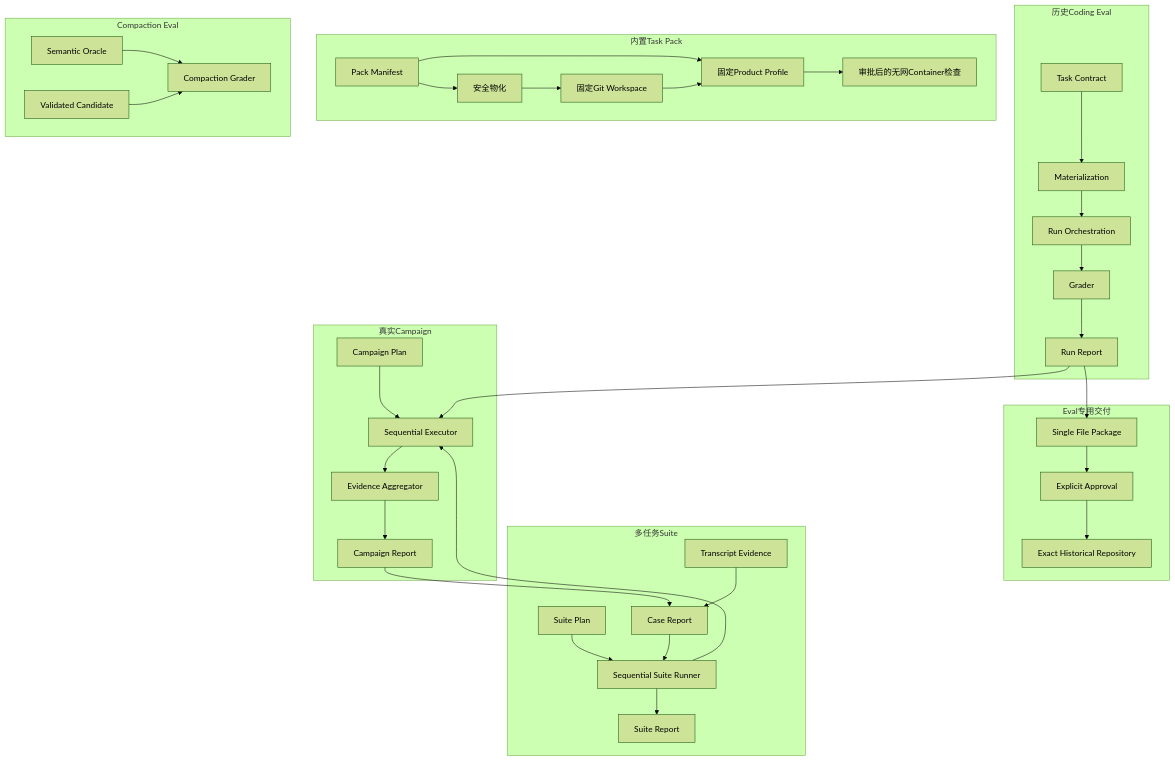
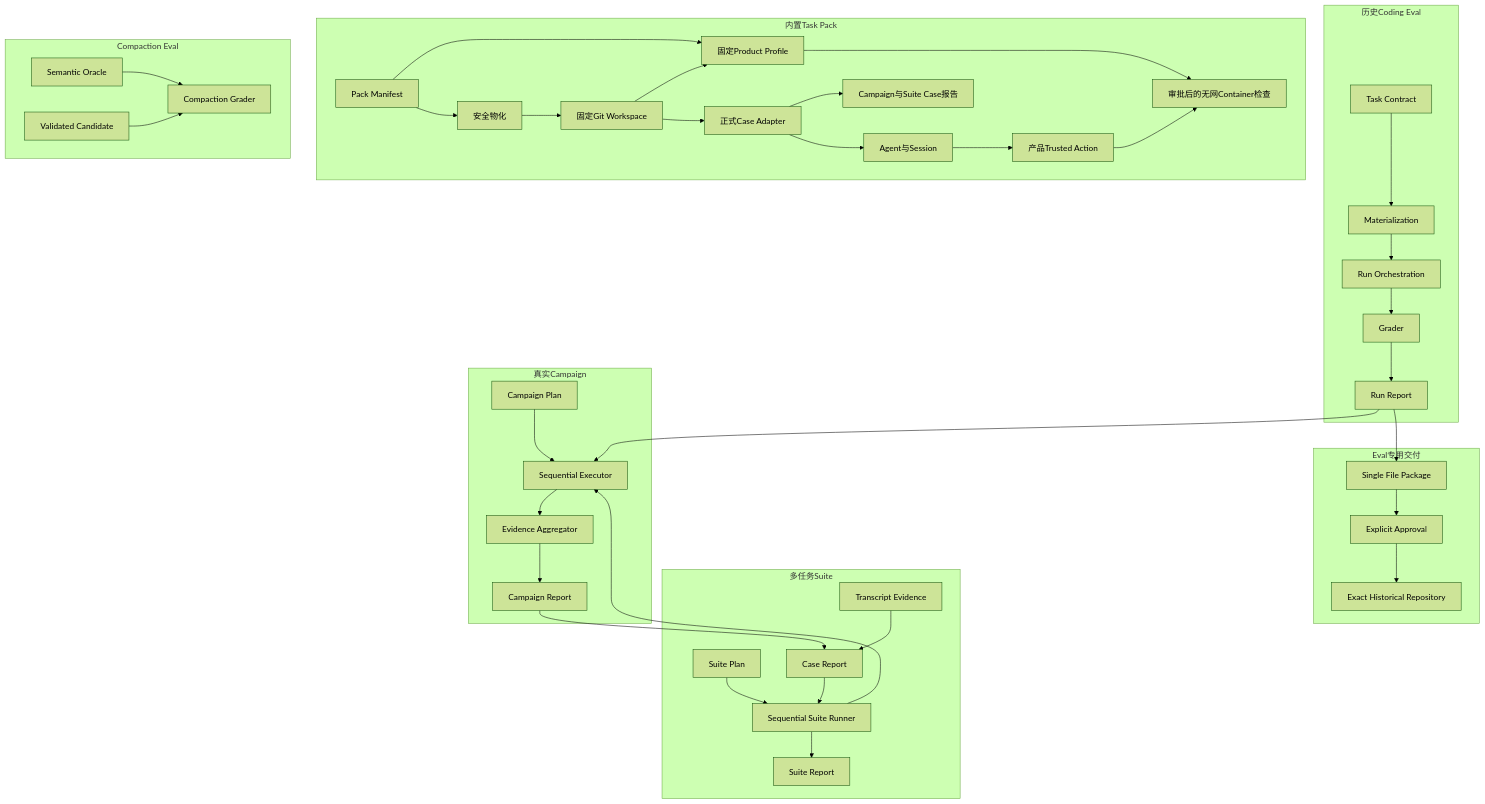
One commit to carrie1988/Harnessix changed the second of 20 diagrams in docs/modules/evals.md. Above: the diagram before and after it, drawn with Mermaid (forest theme). The commit also changed other lines of this file and 18 other files, not shown here.

Commit message:
feat: 实现正式 Task Pack Case Adapter

````diff
--- a/docs/modules/evals.md
+++ b/docs/modules/evals.md
@@ -288,39 +300,44 @@
 ```mermaid
 flowchart TB
     subgraph Historical[历史Coding Eval]
         T[Task Contract] --> M[Materialization]
         M --> R[Run Orchestration]
         R --> G[Grader]
         G --> RR[Run Report]
     end
     subgraph Campaigns[真实Campaign]
         CP[Campaign Plan] --> CE[Sequential Executor]
         RR --> CE
         CE --> CA[Evidence Aggregator]
         CA --> CR[Campaign Report]
     end
     subgraph Suites[多任务Suite]
         SP[Suite Plan] --> SE[Sequential Suite Runner]
         SE --> CE
         CR --> Case[Case Report]
         Transcript[Transcript Evidence] --> Case
         Case --> SE
         SE --> SR[Suite Report]
     end
     subgraph TaskPacks[内置Task Pack]
         TP[Pack Manifest] --> PM[安全物化]
         PM --> PW[固定Git Workspace]
         TP --> PP[固定Product Profile]
         PW --> PP
         PP --> PA[审批后的无网Container检查]
+        PW --> Adapter[正式Case Adapter]
+        Adapter --> Agent[Agent与Session]
+        Agent --> ProductAction[产品Trusted Action]
+        ProductAction --> PA
+        Adapter --> CaseCampaign[Campaign与Suite Case报告]
     end
     subgraph Compact[Compaction Eval]
         Oracle[Semantic Oracle] --> CG[Compaction Grader]
         Candidate[Validated Candidate] --> CG
     end
     subgraph LegacyDelivery[Eval专用交付]
         RR --> Package[Single File Package]
         Package --> Approval[Explicit Approval]
         Approval --> Target[Exact Historical Repository]
     end
 ```
````
